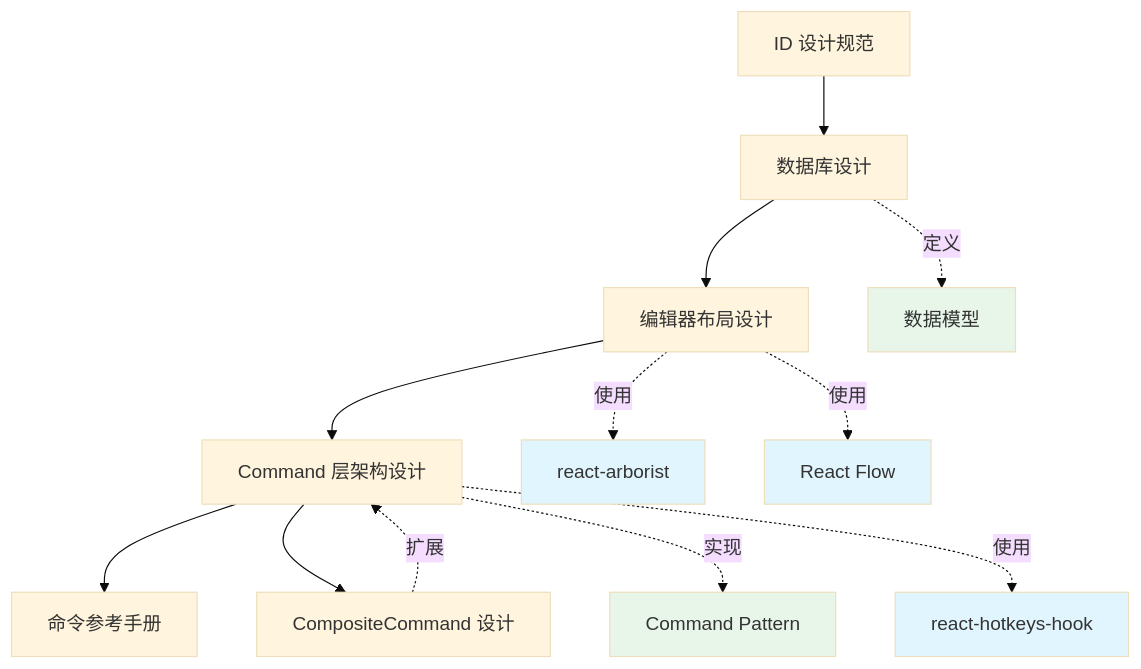
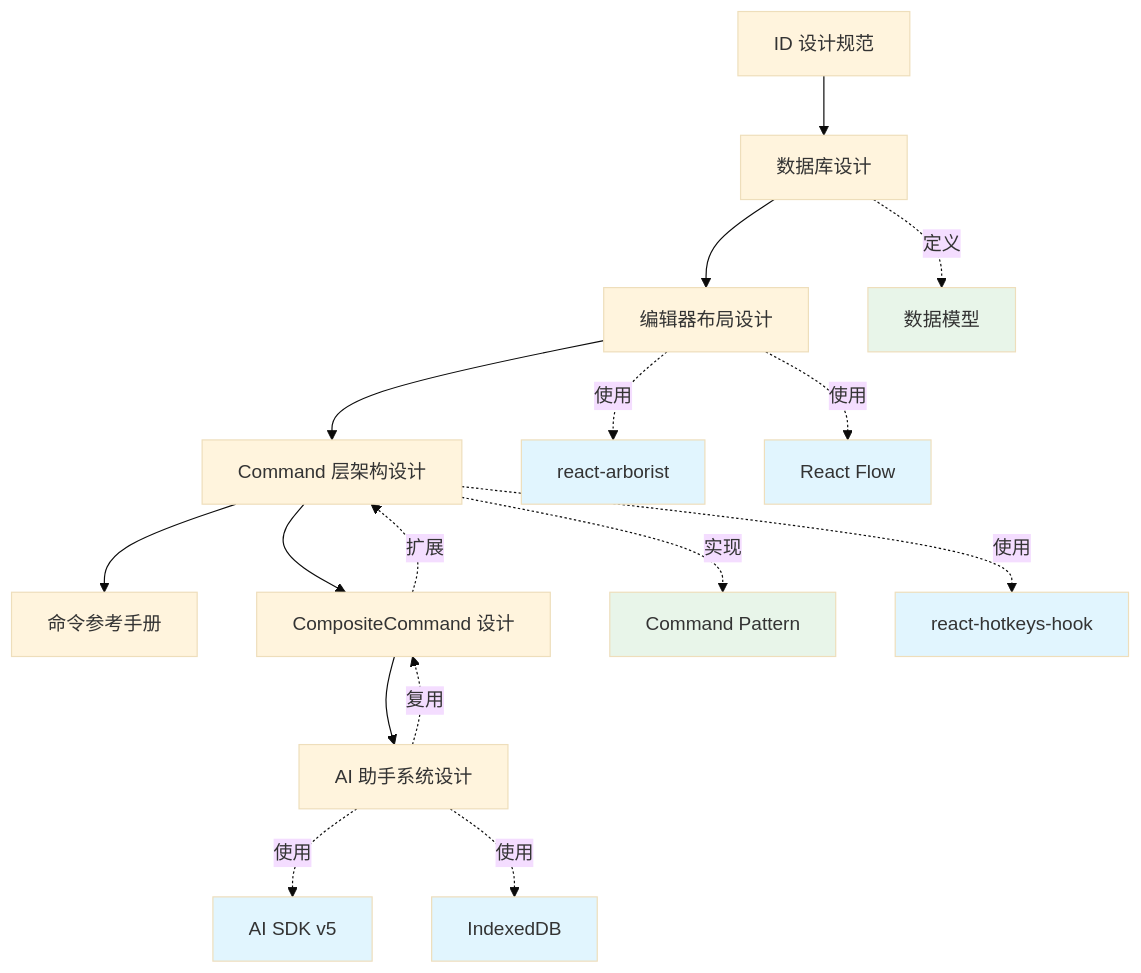
The diagram in docs/design/INDEX.md (colin-han/spider-mind-v2), drawn with Mermaid (base theme) before and after one commit. The commit also changed other lines of this file and 8 other files, not shown here.

````diff
--- a/docs/design/INDEX.md
+++ b/docs/design/INDEX.md
@@ -71,21 +81,27 @@
 ```mermaid
 graph TD
     A[ID 设计规范] --> B[数据库设计]
     B --> C[编辑器布局设计]
     C --> D[Command 层架构设计]
     D --> E[命令参考手册]
     D --> F[CompositeCommand 设计]
+    F --> L[AI 助手系统设计]
 
     B -.->|定义| G[数据模型]
     C -.->|使用| H[react-arborist]
     C -.->|使用| I[React Flow]
     D -.->|实现| J[Command Pattern]
     D -.->|使用| K[react-hotkeys-hook]
     F -.->|扩展| D
+    L -.->|使用| M[AI SDK v5]
+    L -.->|使用| N[IndexedDB]
+    L -.->|复用| F
 
     style G fill:#e8f5e9
     style H fill:#e1f5fe
     style I fill:#e1f5fe
     style J fill:#e8f5e9
     style K fill:#e1f5fe
+    style M fill:#e1f5fe
+    style N fill:#e1f5fe
 ```
````
